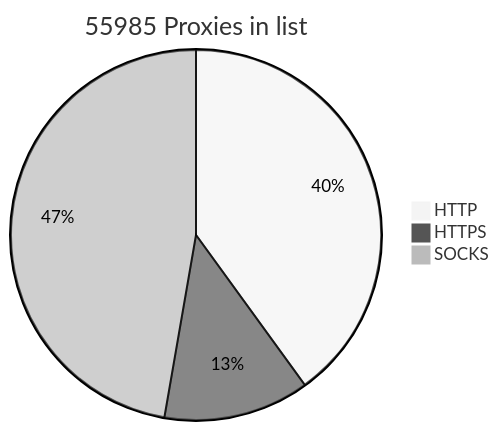
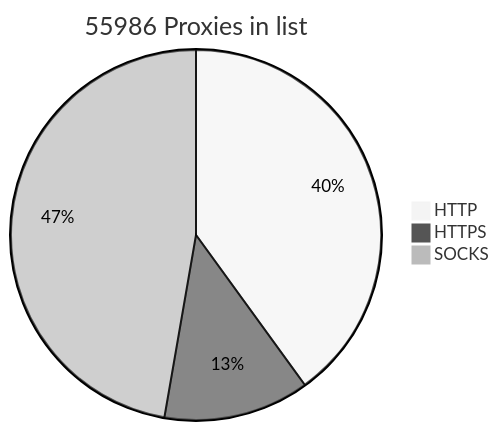
Before and after one commit to BlackSnowDot/proxylist-update-every-minute: the diagram in README.md, drawn with Mermaid (neutral theme).

````diff
--- a/README.md
+++ b/README.md
@@ -2,6 +2,6 @@
 ```mermaid
-pie title 55985 Proxies in list
+pie title 55986 Proxies in list
     "HTTP" : 25116
     "HTTPS": 7988
-    "SOCKS" : 29672
+    "SOCKS" : 29673
 ```
````
